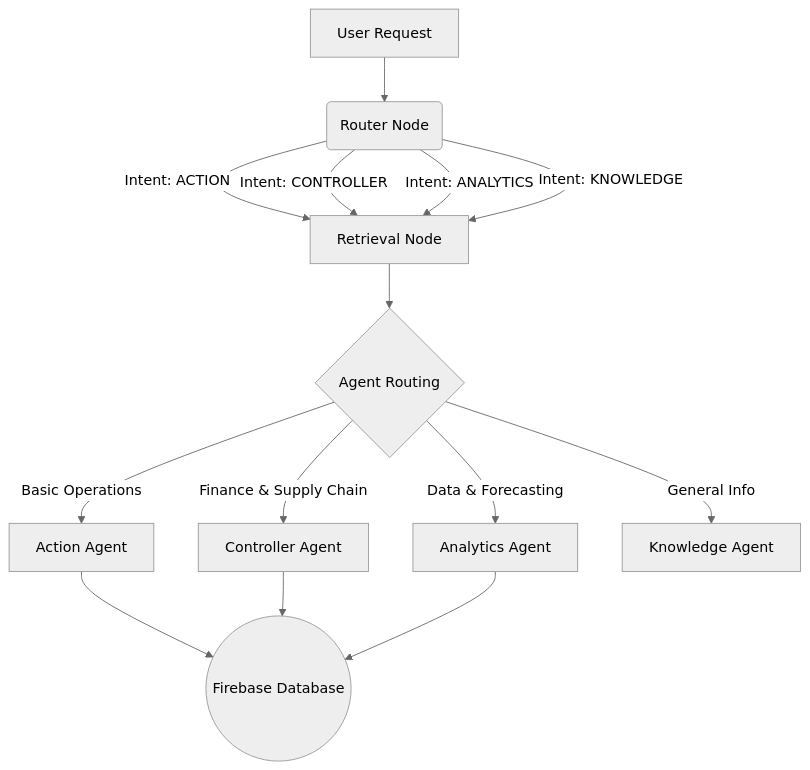
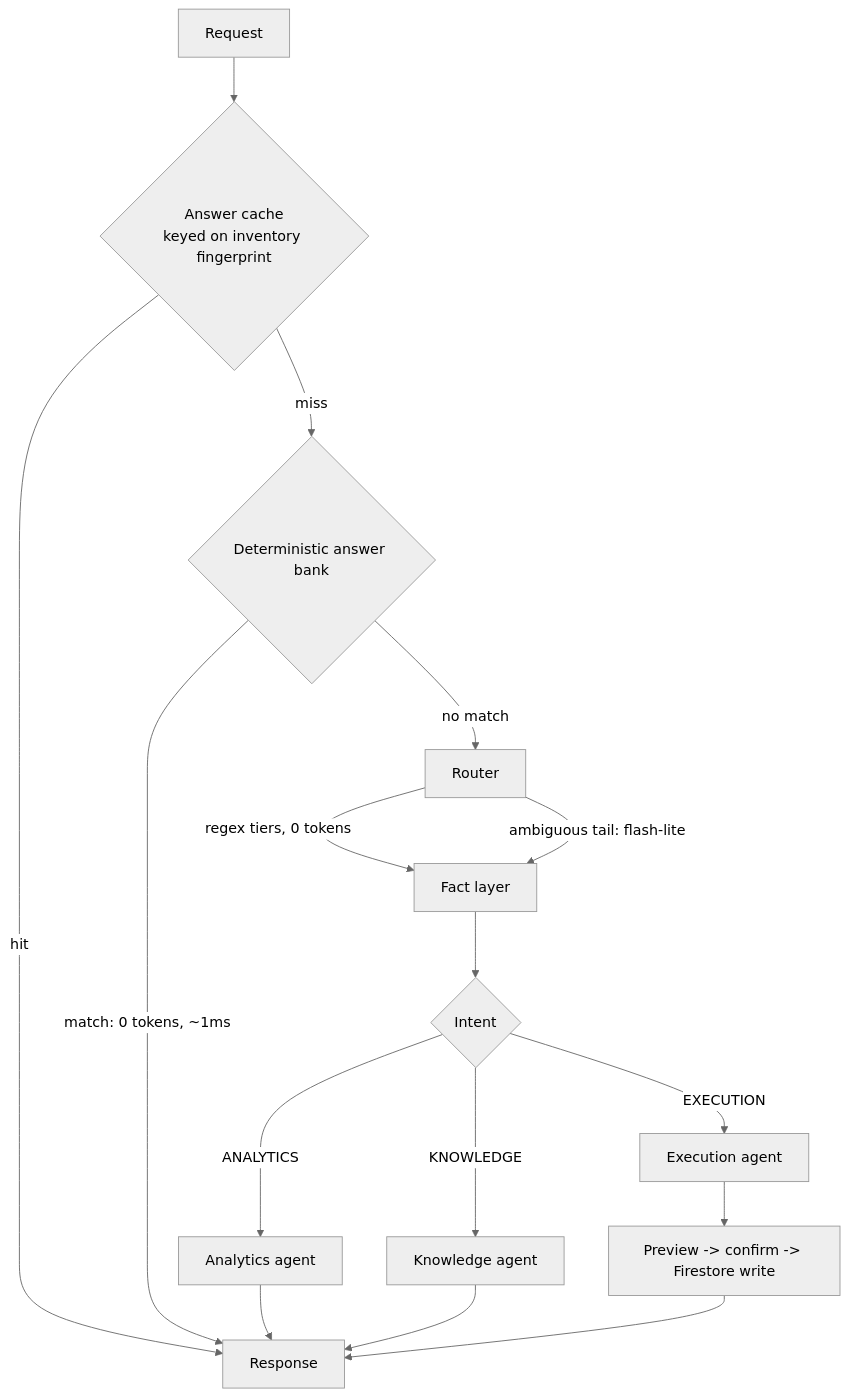
The diagram in BACKEND_ARCHITECTURE.md (himanshudixit2002/stock_management), drawn with Mermaid (neutral theme) before and after one commit. The commit also changed other lines of this file and 48 other files, not shown here.

````diff
--- a/BACKEND_ARCHITECTURE.md
+++ b/BACKEND_ARCHITECTURE.md
@@ -30,19 +16,18 @@
 ```mermaid
 graph TD
-    A[User Request] --> B(Router Node)
-    B -->|Intent: ACTION| C[Retrieval Node]
-    B -->|Intent: CONTROLLER| C
-    B -->|Intent: ANALYTICS| C
-    B -->|Intent: KNOWLEDGE| C
-    
-    C --> D{Agent Routing}
-    
-    D -->|Basic Operations| E[Action Agent]
-    D -->|Finance & Supply Chain| F[Controller Agent]
-    D -->|Data & Forecasting| G[Analytics Agent]
-    D -->|General Info| H[Knowledge Agent]
-    
-    E --> I((Firebase Database))
-    F --> I
-    G --> I
+    A[Request] --> B{Answer cache<br/>keyed on inventory fingerprint}
+    B -->|hit| Z[Response]
+    B -->|miss| C{Deterministic answer bank}
+    C -->|match: 0 tokens, ~1ms| Z
+    C -->|no match| D[Router]
+    D -->|regex tiers, 0 tokens| E[Fact layer]
+    D -->|ambiguous tail: flash-lite| E
+    E --> F{Intent}
+    F -->|EXECUTION| G[Execution agent]
+    F -->|ANALYTICS| H[Analytics agent]
+    F -->|KNOWLEDGE| I[Knowledge agent]
+    G --> J[Preview -> confirm -> Firestore write]
+    H --> Z
+    I --> Z
+    J --> Z
 ```
````
